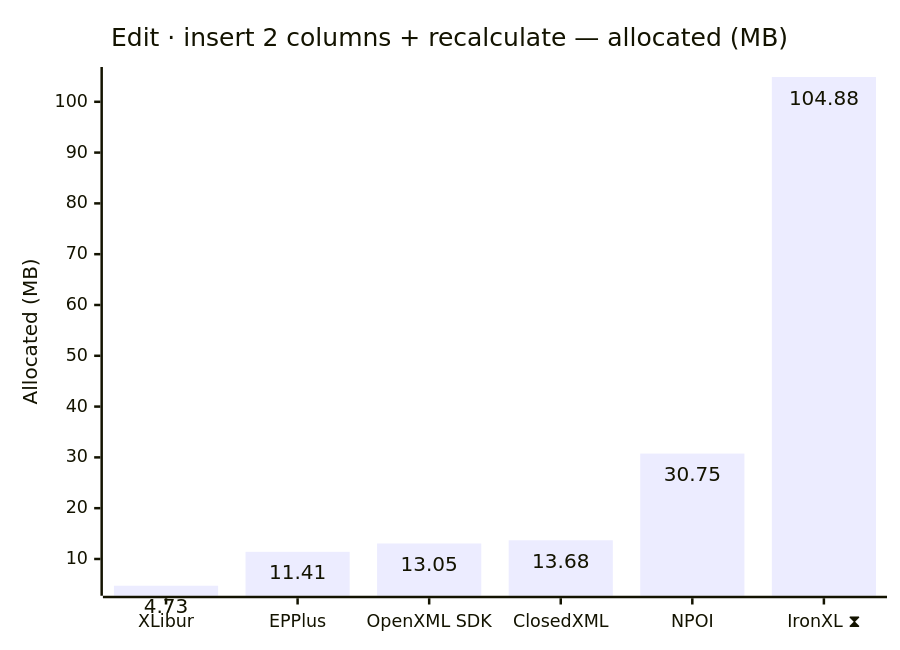
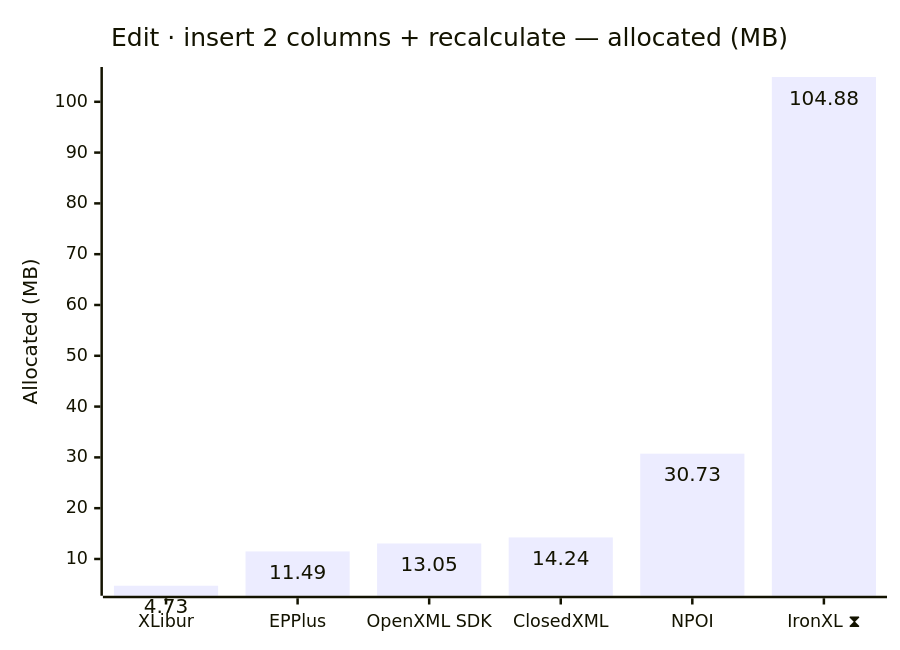
One commit to jafin/XLBench changed diagram 12 of 12 in docs/results-ci.md. Above: the diagram before and after it, drawn with Mermaid. The commit also changed other lines of this file, not shown here.

````diff
--- a/docs/results-ci.md
+++ b/docs/results-ci.md
@@ -184,12 +184,12 @@
 ```mermaid
 ---
 config:
   xyChart:
     showDataLabel: true
 ---
 xychart-beta
     title "Edit · insert 2 columns + recalculate — allocated (MB)"
     x-axis ["XLibur", "EPPlus", "OpenXML SDK", "ClosedXML", "NPOI", "IronXL ⧗"]
     y-axis "Allocated (MB)"
-    bar [4.73, 11.41, 13.05, 13.68, 30.75, 104.88]
+    bar [4.73, 11.49, 13.05, 14.24, 30.73, 104.88]
 ```
````
